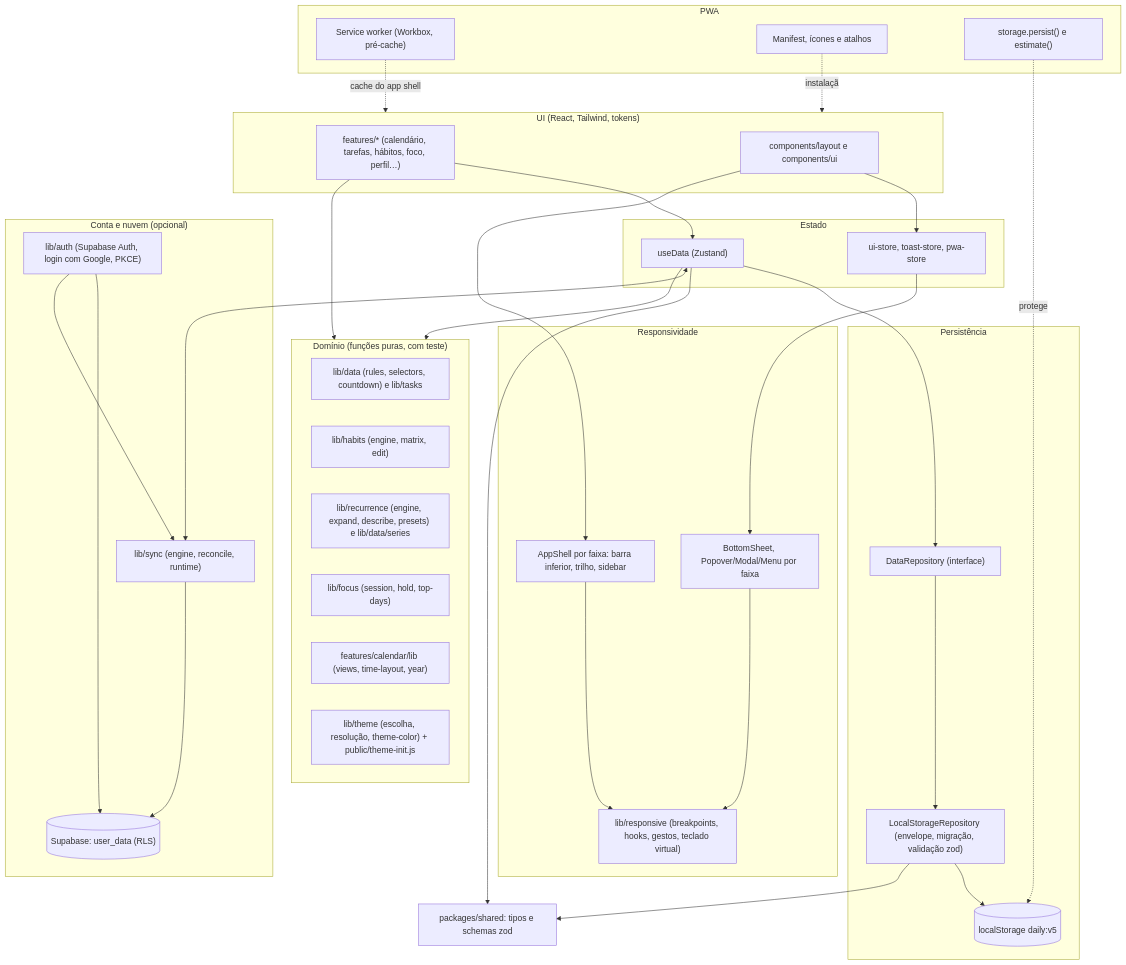
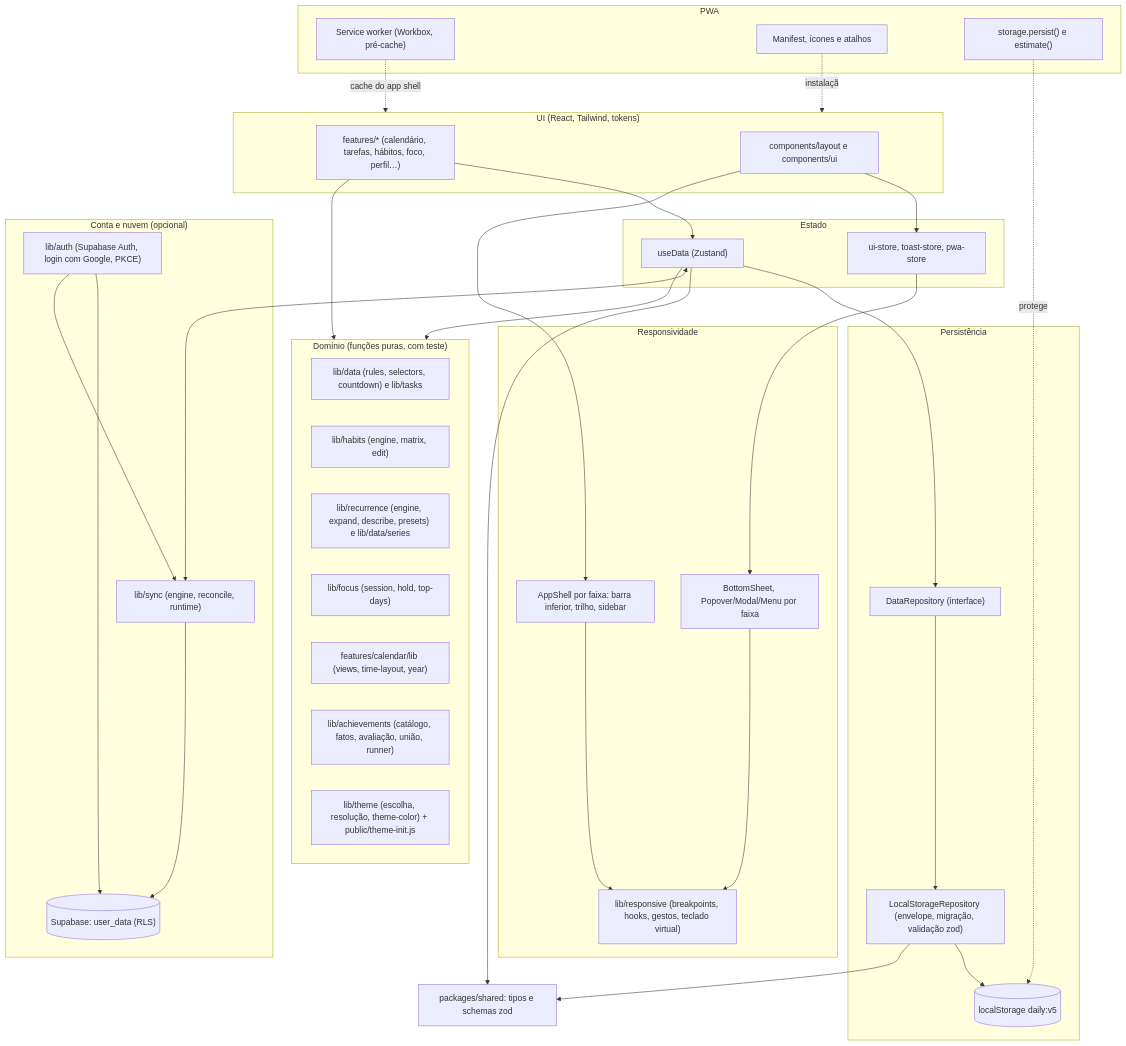
The diagram in docs/architecture.md (Mateus-Fonseca847/daily-study-planner), drawn with Mermaid before and after one commit. The commit also changed other lines of this file and 10 other files, not shown here.

````diff
--- a/docs/architecture.md
+++ b/docs/architecture.md
@@ -7,61 +7,62 @@
 ```mermaid
 flowchart TB
   subgraph UI["UI (React, Tailwind, tokens)"]
     Pages["features/* (calendário, tarefas, hábitos, foco, perfil…)"]
     Layout["components/layout e components/ui"]
   end
   subgraph Domain["Domínio (funções puras, com teste)"]
     Rules["lib/data (rules, selectors, countdown) e lib/tasks"]
     Habits["lib/habits (engine, matrix, edit)"]
     Recur["lib/recurrence (engine, expand, describe, presets) e lib/data/series"]
     Focus["lib/focus (session, hold, top-days)"]
     Cal["features/calendar/lib (views, time-layout, year)"]
+    Achv["lib/achievements (catálogo, fatos, avaliação, união, runner)"]
     Theme["lib/theme (escolha, resolução, theme-color) + public/theme-init.js"]
   end
   subgraph Store["Estado"]
     Zustand["useData (Zustand)"]
     UiStore["ui-store, toast-store, pwa-store"]
   end
   subgraph Persistence["Persistência"]
     Repo["DataRepository (interface)"]
     LS["LocalStorageRepository (envelope, migração, validação zod)"]
     Storage[("localStorage daily:v5")]
   end
   subgraph Cloud["Conta e nuvem (opcional)"]
     Auth["lib/auth (Supabase Auth, login com Google, PKCE)"]
     Sync["lib/sync (engine, reconcile, runtime)"]
     Supa[("Supabase: user_data (RLS)")]
   end
   subgraph Resp["Responsividade"]
     Bp["lib/responsive (breakpoints, hooks, gestos, teclado virtual)"]
     Sheets["BottomSheet, Popover/Modal/Menu por faixa"]
     Shell["AppShell por faixa: barra inferior, trilho, sidebar"]
   end
   subgraph PWA["PWA"]
     SW["Service worker (Workbox, pré-cache)"]
     Manifest["Manifest, ícones e atalhos"]
     Persist["storage.persist() e estimate()"]
   end
   Shared["packages/shared: tipos e schemas zod"]
 
   Pages --> Zustand
   Layout --> UiStore
   Pages --> Domain
   Zustand --> Domain
   Zustand --> Repo
   Repo --> LS
   LS --> Storage
   LS --> Shared
   Zustand --> Shared
   Zustand <--> Sync
   Sync --> Supa
   Auth --> Supa
   Auth --> Sync
   Layout --> Shell
   Shell --> Bp
   Sheets --> Bp
   UiStore --> Sheets
   SW -.cache do app shell.-> UI
   Persist -.protege.-> Storage
   Manifest -.instalação.-> UI
 ```
````
